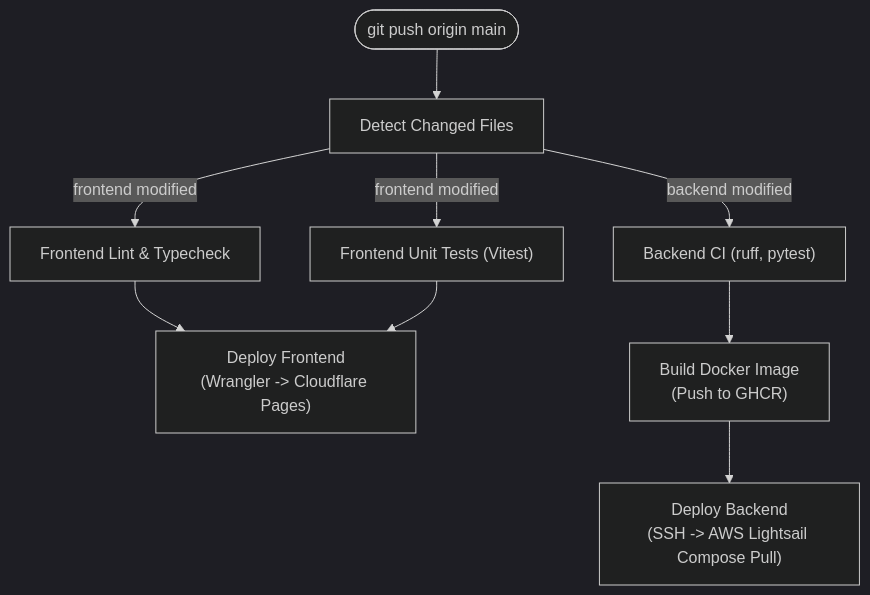
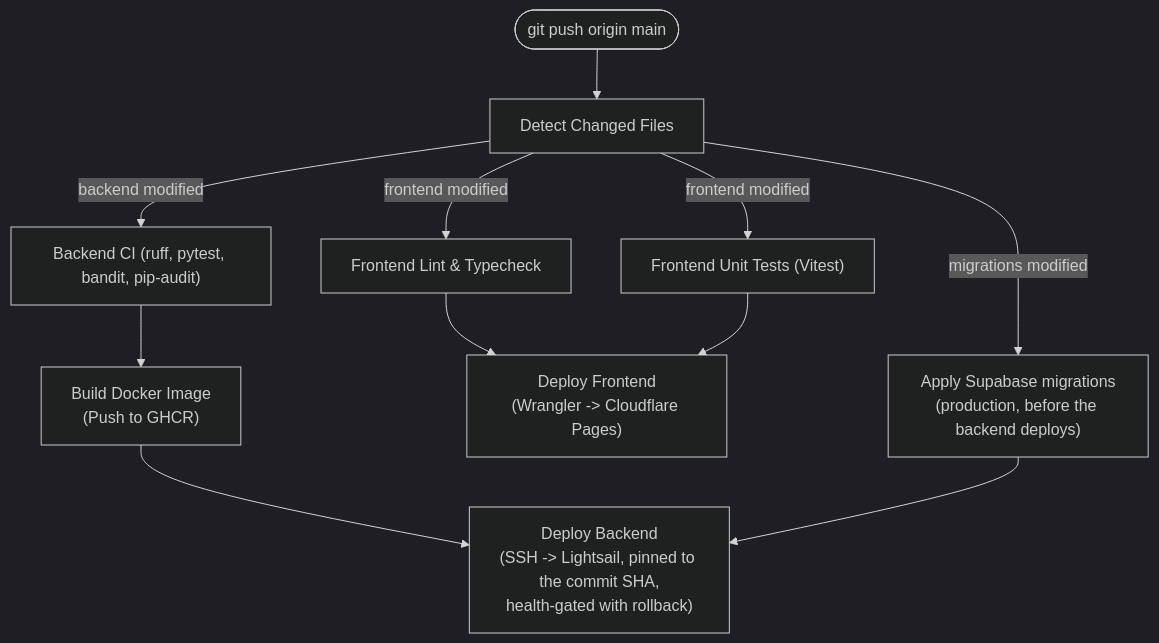
One commit to terryong31/nego-lah changed the diagram in docs/ci-cd/README.md. Above: the diagram before and after it, drawn with Mermaid (dark theme). The commit also changed other lines of this file and 187 other files, not shown here.

````diff
--- a/docs/ci-cd/README.md
+++ b/docs/ci-cd/README.md
@@ -9,12 +9,14 @@
 ```mermaid
 graph TD
     Push([git push origin main]) --> Detect[Detect Changed Files]
 
     Detect -->|frontend modified| FLint["Frontend Lint & Typecheck"]
     Detect -->|frontend modified| FTest["Frontend Unit Tests (Vitest)"]
-    Detect -->|backend modified| BTest["Backend CI (ruff, pytest)"]
+    Detect -->|backend modified| BTest["Backend CI (ruff, pytest, bandit, pip-audit)"]
+    Detect -->|migrations modified| Migrate["Apply Supabase migrations\n(production, before the backend deploys)"]
 
     FLint & FTest --> DeployFront["Deploy Frontend\n(Wrangler -> Cloudflare Pages)"]
     BTest --> BuildBack["Build Docker Image\n(Push to GHCR)"]
-    BuildBack --> DeployBack["Deploy Backend\n(SSH -> AWS Lightsail Compose Pull)"]
+    BuildBack --> DeployBack["Deploy Backend\n(SSH -> Lightsail, pinned to the commit SHA,\nhealth-gated with rollback)"]
+    Migrate --> DeployBack
 ```
````
